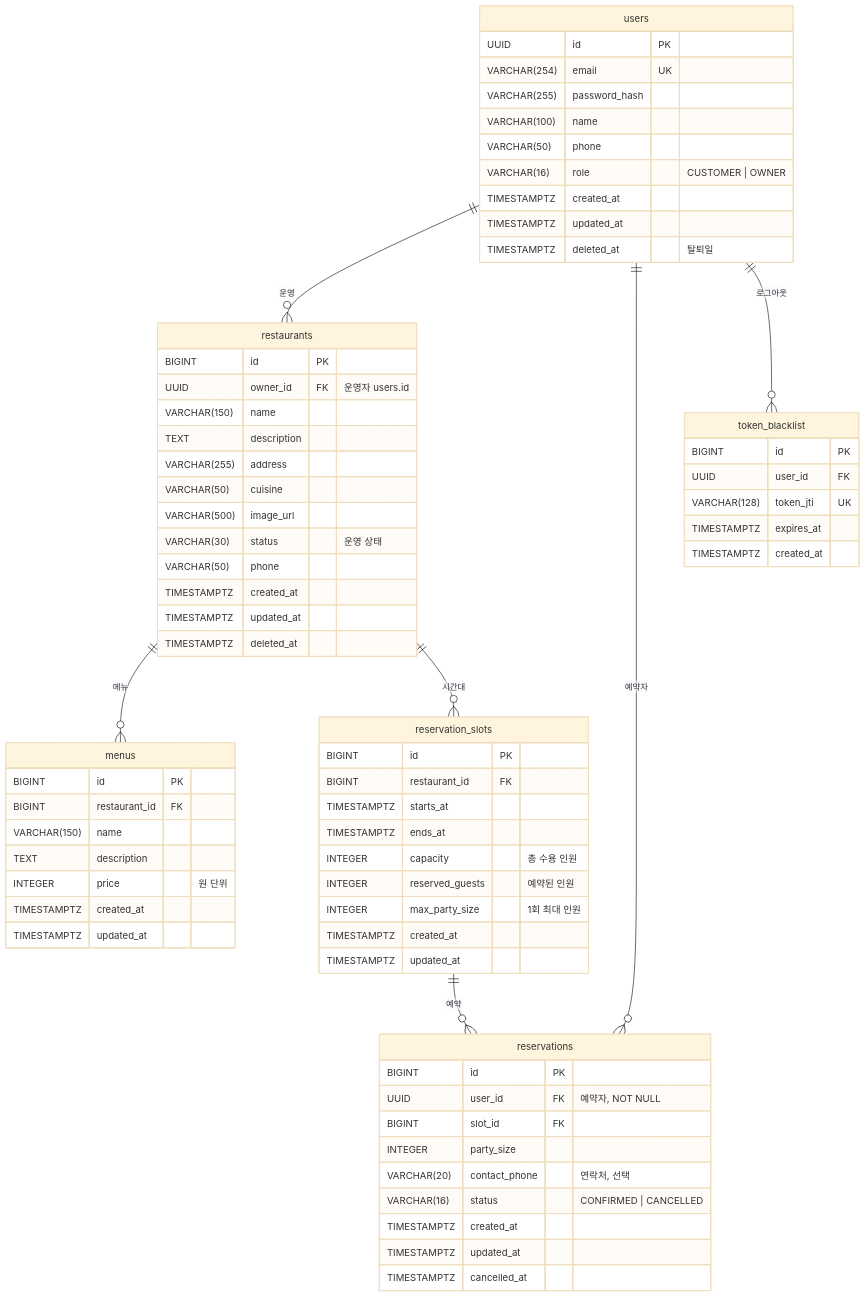
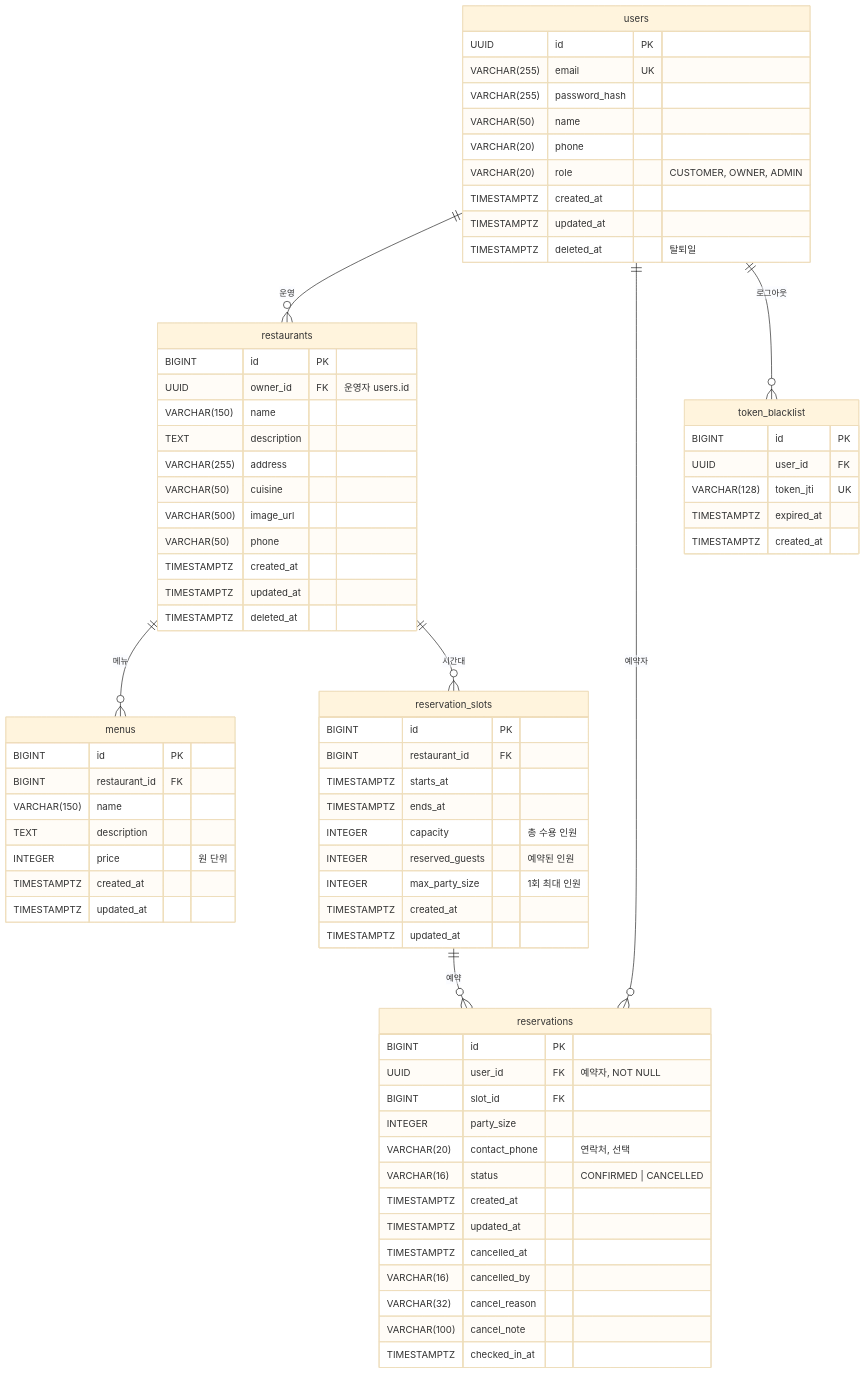
Before and after one commit to aiopenjh/B-backend-Fastapi: the second of 2 diagrams in docs/ARCHITECTURE.md, drawn with Mermaid (base theme). The commit also changed other lines of this file and 9 other files, not shown here.

````diff
--- a/docs/ARCHITECTURE.md
+++ b/docs/ARCHITECTURE.md
@@ -133,73 +132,76 @@
 ```mermaid
 erDiagram
     users ||--o{ restaurants : "운영"
     restaurants ||--o{ menus : "메뉴"
     restaurants ||--o{ reservation_slots : "시간대"
     users ||--o{ reservations : "예약자"
     reservation_slots ||--o{ reservations : "예약"
     users ||--o{ token_blacklist : "로그아웃"
 
     users {
         UUID id PK
-        VARCHAR(254) email UK
+        VARCHAR(255) email UK
         VARCHAR(255) password_hash
-        VARCHAR(100) name
-        VARCHAR(50) phone
-        VARCHAR(16) role "CUSTOMER | OWNER"
+        VARCHAR(50) name
+        VARCHAR(20) phone
+        VARCHAR(20) role "CUSTOMER, OWNER, ADMIN"
         TIMESTAMPTZ created_at
         TIMESTAMPTZ updated_at
         TIMESTAMPTZ deleted_at "탈퇴일"
     }
     restaurants {
         BIGINT id PK
         UUID owner_id FK "운영자 users.id"
         VARCHAR(150) name
         TEXT description
         VARCHAR(255) address
         VARCHAR(50) cuisine
         VARCHAR(500) image_url
-        VARCHAR(30) status "운영 상태"
         VARCHAR(50) phone
         TIMESTAMPTZ created_at
         TIMESTAMPTZ updated_at
         TIMESTAMPTZ deleted_at
     }
     menus {
         BIGINT id PK
         BIGINT restaurant_id FK
         VARCHAR(150) name
         TEXT description
         INTEGER price "원 단위"
         TIMESTAMPTZ created_at
         TIMESTAMPTZ updated_at
     }
     reservation_slots {
         BIGINT id PK
         BIGINT restaurant_id FK
         TIMESTAMPTZ starts_at
         TIMESTAMPTZ ends_at
         INTEGER capacity "총 수용 인원"
         INTEGER reserved_guests "예약된 인원"
         INTEGER max_party_size "1회 최대 인원"
         TIMESTAMPTZ created_at
         TIMESTAMPTZ updated_at
     }
     reservations {
         BIGINT id PK
         UUID user_id FK "예약자, NOT NULL"
         BIGINT slot_id FK
         INTEGER party_size
         VARCHAR(20) contact_phone "연락처, 선택"
         VARCHAR(16) status "CONFIRMED | CANCELLED"
         TIMESTAMPTZ created_at
         TIMESTAMPTZ updated_at
         TIMESTAMPTZ cancelled_at
+        VARCHAR(16) cancelled_by
+        VARCHAR(32) cancel_reason
+        VARCHAR(100) cancel_note
+        TIMESTAMPTZ checked_in_at
     }
     token_blacklist {
         BIGINT id PK
         UUID user_id FK
         VARCHAR(128) token_jti UK
-        TIMESTAMPTZ expires_at
+        TIMESTAMPTZ expired_at
         TIMESTAMPTZ created_at
     }
 ```
````
